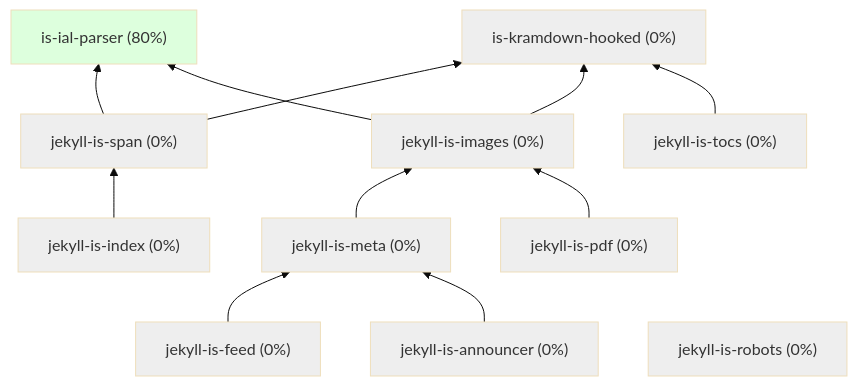
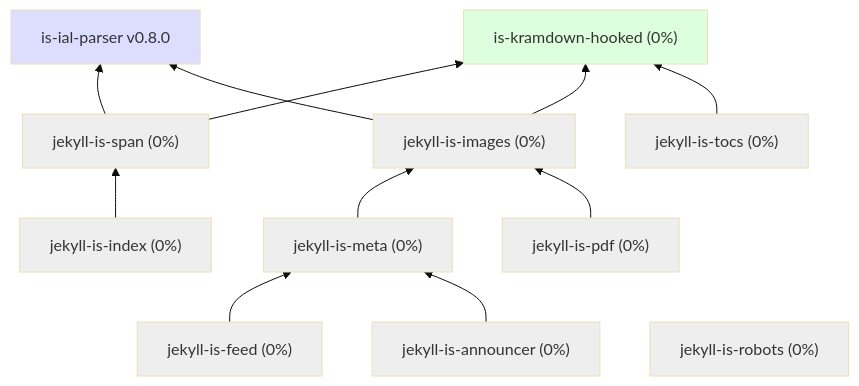
One commit to jekyll-is/.github changed the diagram in profile/README.md. Above: the diagram before and after it, drawn with Mermaid (base theme).

````diff
--- a/profile/README.md
+++ b/profile/README.md
@@ -3,43 +3,44 @@
 ```mermaid
 graph BT
-  ial["is-ial-parser (80%)"]
+  ial["is-ial-parser v0.8.0"]
   kramdown["is-kramdown-hooked (0%)"]
   tocs["jekyll-is-tocs (0%)"] --> kramdown
   images["jekyll-is-images (0%)"] --> ial
   images --> kramdown
   announcer["jekyll-is-announcer (0%)"] --> meta
   pdf["jekyll-is-pdf (0%)"] --> images
   meta["jekyll-is-meta (0%)"] --> images
   feed["jekyll-is-feed (0%)"] --> meta
   span["jekyll-is-span (0%)"] --> ial
   index["jekyll-is-index (0%)"] --> span
   span --> kramdown
   robots["jekyll-is-robots (0%)"]
 
 click ial "https://github.com/jekyll-is/is-ial-parser"
 click kramdown "https://github.com/jekyll-is/is-kramdown-hooked"
 click announcer "https://github.com/jekyll-is/jekyll-is-announcer"
 click images "https://github.com/jekyll-is/jekyll-is-images"
 click robots "https://github.com/jekyll-is/jekyll-is-robots"
 click meta "https://github.com/jekyll-is/jekyll-is-meta"
 click pdf "https://github.com/jekyll-is/jekyll-is-pdf"
 click tocs "https://github.com/jekyll-is/jekyll-is-tocs"
 click feed "https://github.com/jekyll-is/jekyll-is-feed"
 click index "https://github.com/jekyll-is/jekyll-is-index"
 click span "https://github.com/jekyll-is/jekyll-is-span"
 
 classDef green fill:#DFD
 classDef gray fill:#EEE
+classDef blue fill:#DDF
 
-class ial green
-class kramdown gray
+class ial blue
+class kramdown green
 class images gray
 class announcer gray
 class pdf gray
 class span gray
 class index gray
 class feed gray
 class meta gray
 class robots gray
 class tocs gray
 ```
````
